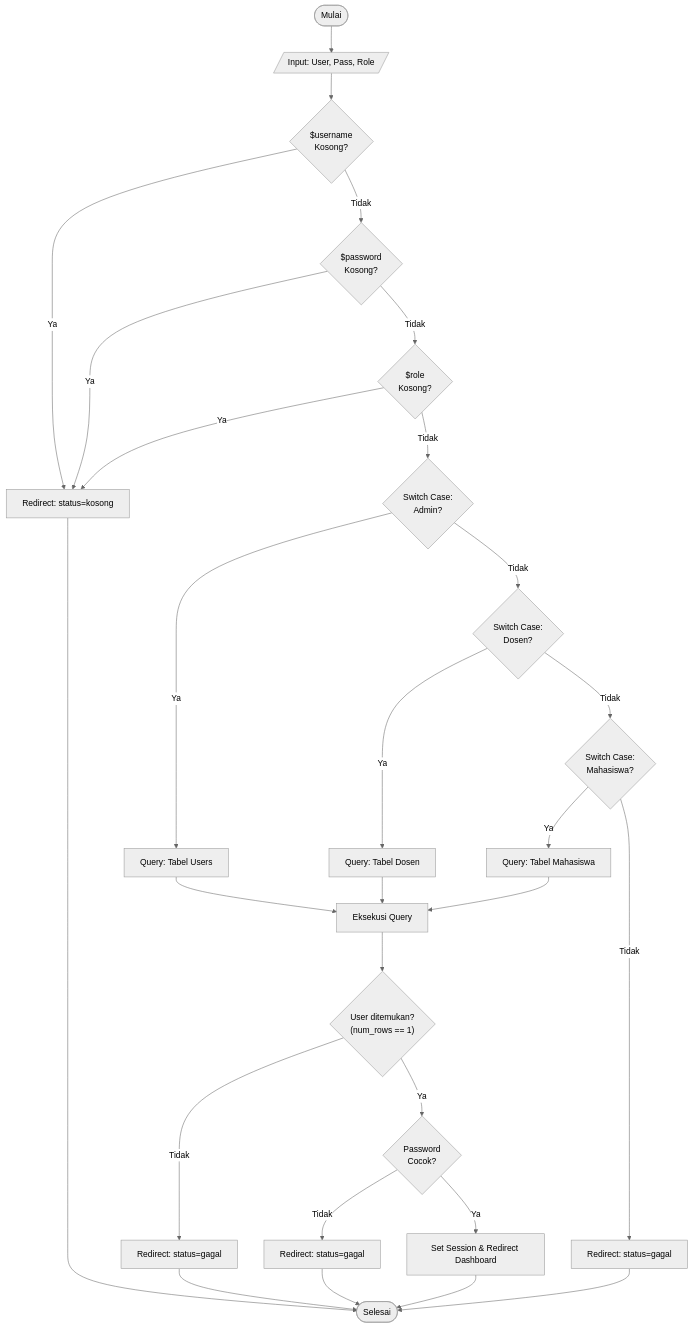
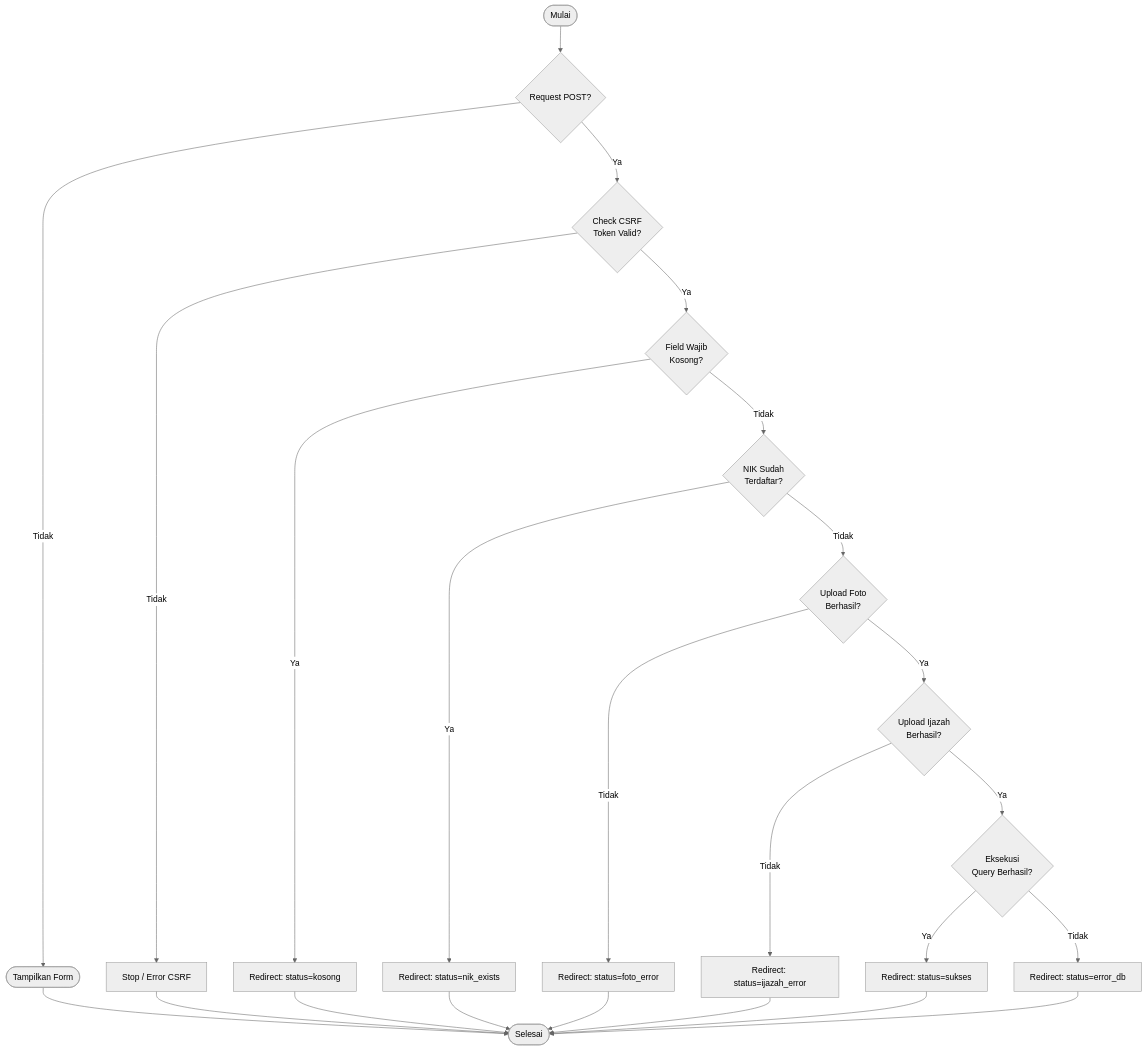
The first of 2 diagrams in docs/07_PENGUJIAN_WHITE_BOX.md (arbain-dev/Web_fikom), drawn with Mermaid (neutral theme) before and after one commit. The commit also changed other lines of this file, not shown here.

````diff
--- a/docs/07_PENGUJIAN_WHITE_BOX.md
+++ b/docs/07_PENGUJIAN_WHITE_BOX.md
@@ -35,24 +32,19 @@
 ```mermaid
 flowchart TD
-    A([Mulai]) --> B[/Input: User, Pass, Role/]
-    B --> C{"$username<br/>Kosong?"}
-    C -- Ya --> D[Redirect: status=kosong]
-    C -- Tidak --> E{"$password<br/>Kosong?"}
-    E -- Ya --> D
-    E -- Tidak --> F{"$role<br/>Kosong?"}
-    F -- Ya --> D
-    F -- Tidak --> G{"Switch Case:<br/>Admin?"}
-    G -- Ya --> H[Query: Tabel Users]
-    G -- Tidak --> I{"Switch Case:<br/>Dosen?"}
-    I -- Ya --> J[Query: Tabel Dosen]
-    I -- Tidak --> K{"Switch Case:<br/>Mahasiswa?"}
-    K -- Ya --> L[Query: Tabel Mahasiswa]
-    K -- Tidak --> M[Redirect: status=gagal]
-    H & J & L --> N[Eksekusi Query]
-    N --> O{"User ditemukan?<br/>(num_rows == 1)"}
-    O -- Tidak --> P[Redirect: status=gagal]
-    O -- Ya --> Q{"Password<br/>Cocok?"}
-    Q -- Tidak --> R[Redirect: status=gagal]
-    Q -- Ya --> S[Set Session & Redirect Dashboard]
-    D & M & P & R & S --> T([Selesai])
+    A([Mulai]) --> B{Request POST?}
+    B -- Tidak --> C([Tampilkan Form])
+    B -- Ya --> D{"Check CSRF<br/>Token Valid?"}
+    D -- Tidak --> E[Stop / Error CSRF]
+    D -- Ya --> F{"Field Wajib<br/>Kosong?"}
+    F -- Ya --> G[Redirect: status=kosong]
+    F -- Tidak --> H{"NIK Sudah<br/>Terdaftar?"}
+    H -- Ya --> I[Redirect: status=nik_exists]
+    H -- Tidak --> J{"Upload Foto<br/>Berhasil?"}
+    J -- Tidak --> K[Redirect: status=foto_error]
+    J -- Ya --> L{"Upload Ijazah<br/>Berhasil?"}
+    L -- Tidak --> M[Redirect: status=ijazah_error]
+    L -- Ya --> N{"Eksekusi<br/>Query Berhasil?"}
+    N -- Ya --> O[Redirect: status=sukses]
+    N -- Tidak --> P[Redirect: status=error_db]
+    C & E & G & I & K & M & O & P --> Q([Selesai])
 ```
````
